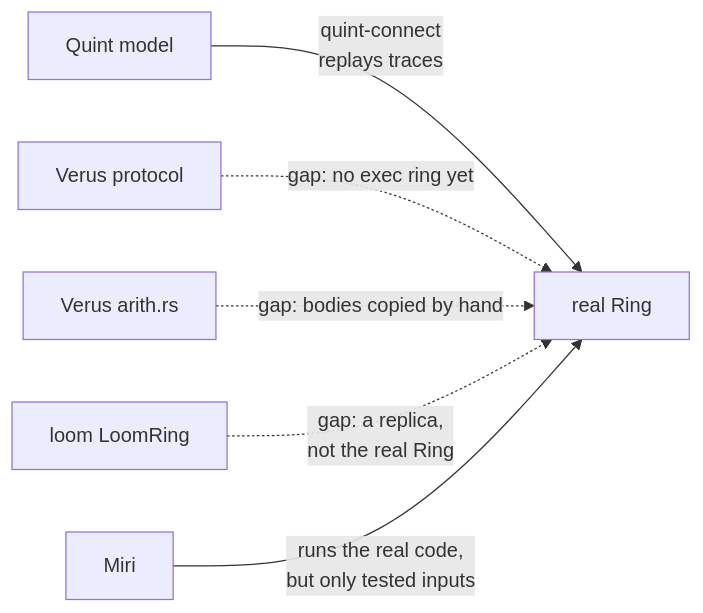
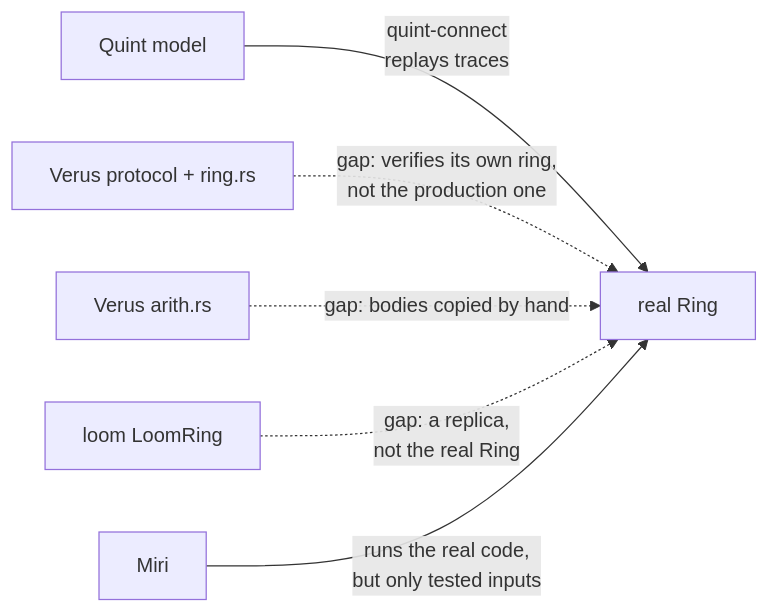
Before and after one commit to debasishg/ringmpsc-rs: the second of 2 diagrams in docs/VERIFICATION_ARCHITECTURE.md, drawn with Mermaid. The commit also changed other lines of this file and 7 other files, not shown here.

````diff
--- a/docs/VERIFICATION_ARCHITECTURE.md
+++ b/docs/VERIFICATION_ARCHITECTURE.md
@@ -105,8 +106,8 @@
 ```mermaid
 flowchart LR
     Q["Quint model"] -->|"quint-connect<br/>replays traces"| R["real Ring"]
-    VP["Verus protocol"] -.->|"gap: no exec ring yet"| R
+    VP["Verus protocol + ring.rs"] -.->|"gap: verifies its own ring,<br/>not the production one"| R
     VA["Verus arith.rs"] -.->|"gap: bodies copied by hand"| R
     L["loom LoomRing"] -.->|"gap: a replica,<br/>not the real Ring"| R
     M["Miri"] -->|"runs the real code,<br/>but only tested inputs"| R
 ```
````
